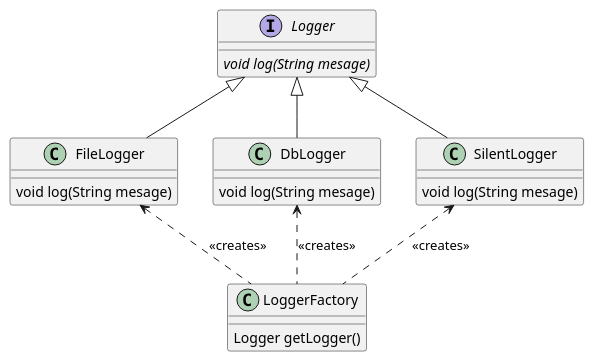
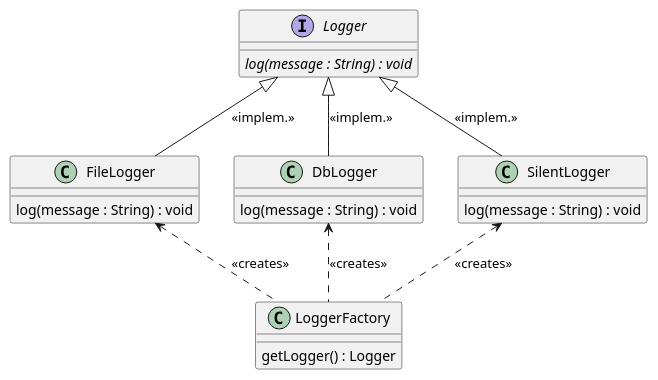
Before and after one commit to familyboateaf4v/doubleSlashde9: the diagram in doc/plantuml/factory_method.puml, drawn with PlantUML. The commit also changed 4 other files, not shown here.

Commit message:
UML: Updated factory class diagram; added state diagrams.

```diff
--- a/doc/plantuml/factory_method.puml
+++ b/doc/plantuml/factory_method.puml
@@ -1,31 +1,31 @@
 @startuml
 
 interface Logger {
-{abstract} void log(String mesage)
+{abstract} log(message : String) : void
 }
 
 class FileLogger {
-void log(String mesage)
+log(message : String) : void
 }
 
 class DbLogger {
-void log(String mesage)
+log(message : String) : void
 }
 
 class SilentLogger {
-void log(String mesage)
+log(message : String) : void
 }
 
 class LoggerFactory {
-Logger getLogger()
+getLogger() : Logger
 }
 
-Logger <|-- FileLogger
-Logger <|-- DbLogger
-Logger <|-- SilentLogger
+Logger <|-- FileLogger : <<implem.>>
+Logger <|-- DbLogger : <<implem.>>
+Logger <|-- SilentLogger : <<implem.>>
 
 LoggerFactory .up.> SilentLogger: <<creates>>
 LoggerFactory .up.> DbLogger: <<creates>>
 LoggerFactory .up.> FileLogger: <<creates>>
 
 @enduml
```
